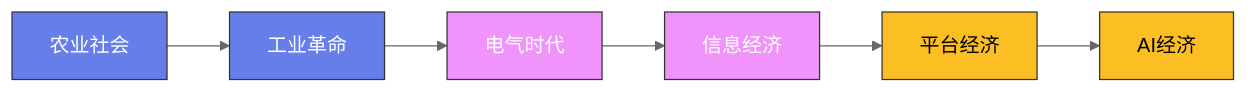
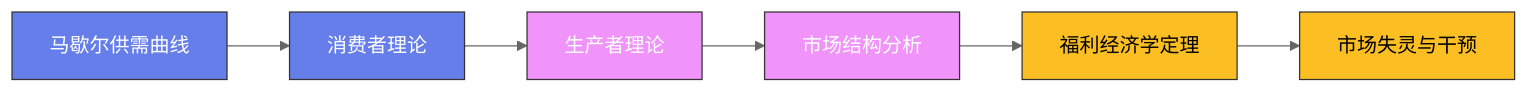
Before and after one commit to Fengur/Fengur.github.io: the diagram in content/posts/ModelCreate/经济学与金融/04-新古典经济学.md, drawn with Mermaid (neutral theme). The commit also changed other lines of this file and 118 other files, not shown here.

````diff
--- a/content/posts/ModelCreate/经济学与金融/04-新古典经济学.md
+++ b/content/posts/ModelCreate/经济学与金融/04-新古典经济学.md
@@ -75,16 +75,16 @@
 ```mermaid
 graph LR
-    A["农业社会"] --> B["工业革命"]
-    B --> C["电气时代"]
-    C --> D["信息经济"]
-    D --> E["平台经济"]
-    E --> F["AI经济"]
+    A["马歇尔供需曲线"] --> B["消费者理论"]
+    B --> C["生产者理论"]
+    C --> D["市场结构分析"]
+    D --> E["福利经济学定理"]
+    E --> F["市场失灵与干预"]
 
     classDef early fill:#667eea,stroke:#333,color:white
     classDef mid fill:#f093fb,stroke:#333,color:white
     classDef modern fill:#fbbf24,stroke:#333,color:black
 
     class A,B early
     class C,D mid
     class E,F modern
 ```
````
